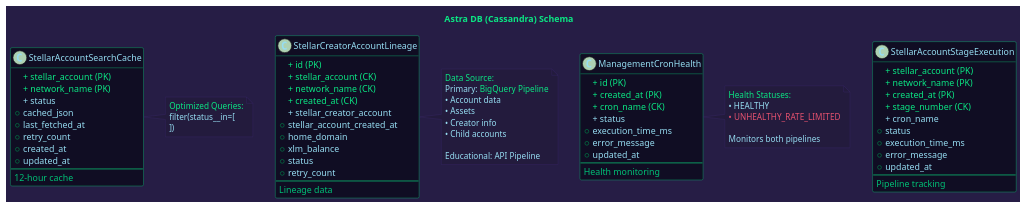
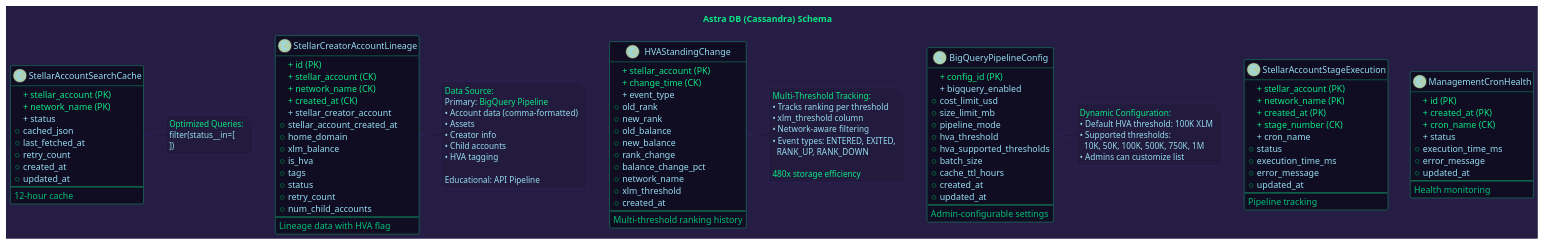
Before and after one commit to areveur51/StellarMapWeb: the diagram in diagrams/03_database_schema.puml, drawn with PlantUML. The commit also changed 4 other files, not shown here.

First line of the commit message:
Update diagrams and documentation to reflect new features and data workflows

```diff
--- a/diagrams/03_database_schema.puml
+++ b/diagrams/03_database_schema.puml
@@ -1,103 +1,151 @@
 @startuml Database Schema
 
 skinparam backgroundColor #261D45
 skinparam defaultFontColor #96DDF2
 
 skinparam class {
   BackgroundColor #100D23
   BorderColor #0BE784
   FontColor #96DDF2
   ArrowColor #01C176
 }
 
 skinparam note {
   BackgroundColor #231B3D
   BorderColor #3f2c70
   FontColor #96DDF2
 }
 
 title <color:#0BE784>Astra DB (Cassandra) Schema
 
 class StellarAccountSearchCache {
   <color:#0BE784>+ stellar_account (PK)
   <color:#0BE784>+ network_name (PK)
   <color:#96DDF2>+ status
   + cached_json
   + last_fetched_at
   + retry_count
   + created_at
   + updated_at
   --
   <color:#01C176>12-hour cache
 }
 
 class StellarCreatorAccountLineage {
   <color:#0BE784>+ id (PK)
   <color:#0BE784>+ stellar_account (CK)
   <color:#0BE784>+ network_name (CK)
   <color:#0BE784>+ created_at (CK)
   <color:#96DDF2>+ stellar_creator_account
   + stellar_account_created_at
   + home_domain
   + xlm_balance
+  + is_hva
+  + tags
   + status
   + retry_count
+  + num_child_accounts
   --
-  <color:#01C176>Lineage data
+  <color:#01C176>Lineage data with HVA flag
 }
 
 class StellarAccountStageExecution {
   <color:#0BE784>+ stellar_account (PK)
   <color:#0BE784>+ network_name (PK)
   <color:#0BE784>+ created_at (PK)
   <color:#0BE784>+ stage_number (CK)
   <color:#96DDF2>+ cron_name
   + status
   + execution_time_ms
   + error_message
   + updated_at
   --
   <color:#01C176>Pipeline tracking
 }
 
 class ManagementCronHealth {
   <color:#0BE784>+ id (PK)
   <color:#0BE784>+ created_at (PK)
   <color:#0BE784>+ cron_name (CK)
   <color:#96DDF2>+ status
   + execution_time_ms
   + error_message
   + updated_at
   --
   <color:#01C176>Health monitoring
 }
 
+class HVAStandingChange {
+  <color:#0BE784>+ stellar_account (PK)
+  <color:#0BE784>+ change_time (CK)
+  <color:#96DDF2>+ event_type
+  + old_rank
+  + new_rank
+  + old_balance
+  + new_balance
+  + rank_change
+  + balance_change_pct
+  + network_name
+  + xlm_threshold
+  + created_at
+  --
+  <color:#01C176>Multi-threshold ranking history
+}
+
+class BigQueryPipelineConfig {
+  <color:#0BE784>+ config_id (PK)
+  <color:#96DDF2>+ bigquery_enabled
+  + cost_limit_usd
+  + size_limit_mb
+  + pipeline_mode
+  + hva_threshold
+  + hva_supported_thresholds
+  + batch_size
+  + cache_ttl_hours
+  + created_at
+  + updated_at
+  --
+  <color:#01C176>Admin-configurable settings
+}
+
 note right of StellarAccountSearchCache #231B3D
   <color:#0BE784>Optimized Queries:
   <color:#96DDF2>filter(status__in=[
     'PENDING',
     'IN_PROGRESS',
     'RE_INQUIRY'
   ])
 end note
 
 note right of StellarCreatorAccountLineage #231B3D
   <color:#0BE784>Data Source:
   <color:#96DDF2>Primary: <color:#0BE784>BigQuery Pipeline
-  <color:#96DDF2>• Account data
+  <color:#96DDF2>• Account data (comma-formatted)
   <color:#96DDF2>• Assets
   <color:#96DDF2>• Creator info
   <color:#96DDF2>• Child accounts
+  <color:#96DDF2>• HVA tagging
   
   <color:#96DDF2>Educational: API Pipeline
 end note
 
-note right of ManagementCronHealth #231B3D
-  <color:#0BE784>Health Statuses:
-  <color:#96DDF2>• HEALTHY
-  <color:#E5526F>• UNHEALTHY_RATE_LIMITED
+note right of HVAStandingChange #231B3D
+  <color:#0BE784>Multi-Threshold Tracking:
+  <color:#96DDF2>• Tracks ranking per threshold
+  <color:#96DDF2>• xlm_threshold column
+  <color:#96DDF2>• Network-aware filtering
+  <color:#96DDF2>• Event types: ENTERED, EXITED,
+  <color:#96DDF2>  RANK_UP, RANK_DOWN
   
-  <color:#96DDF2>Monitors both pipelines
+  <color:#0BE784>480x storage efficiency
+end note
+
+note right of BigQueryPipelineConfig #231B3D
+  <color:#0BE784>Dynamic Configuration:
+  <color:#96DDF2>• Default HVA threshold: 100K XLM
+  <color:#96DDF2>• Supported thresholds:
+  <color:#96DDF2>  10K, 50K, 100K, 500K, 750K, 1M
+  <color:#96DDF2>• Admins can customize list
 end note
 
 @enduml
```
